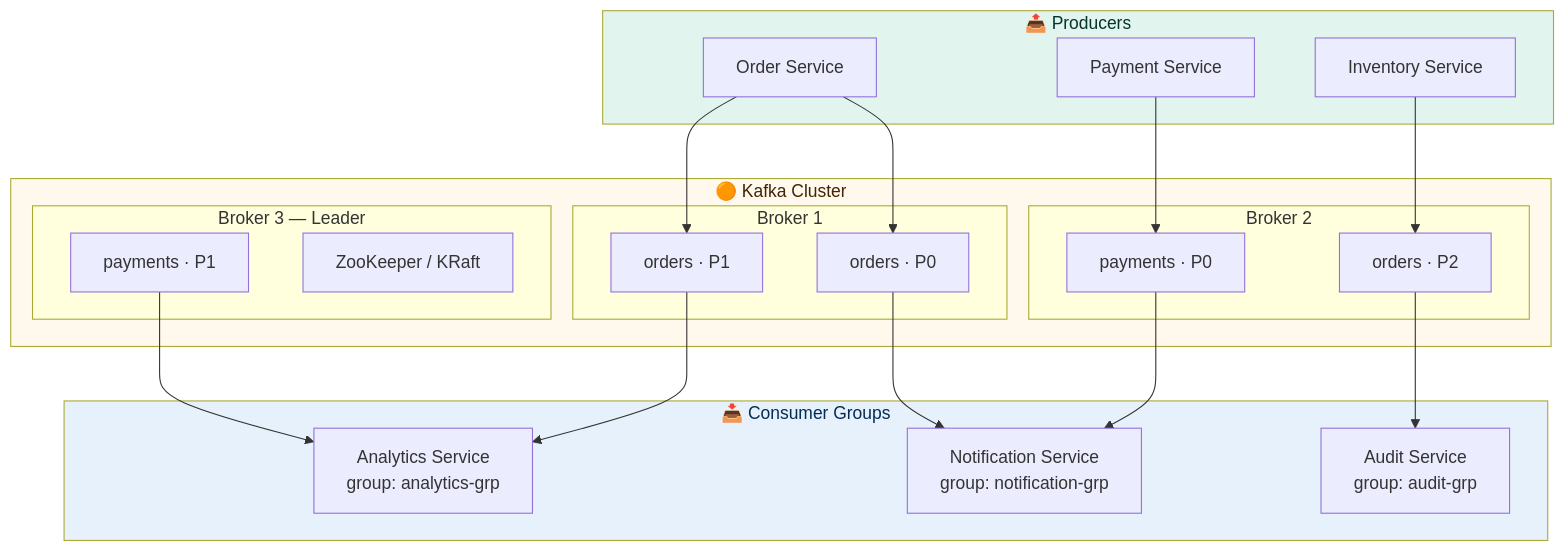
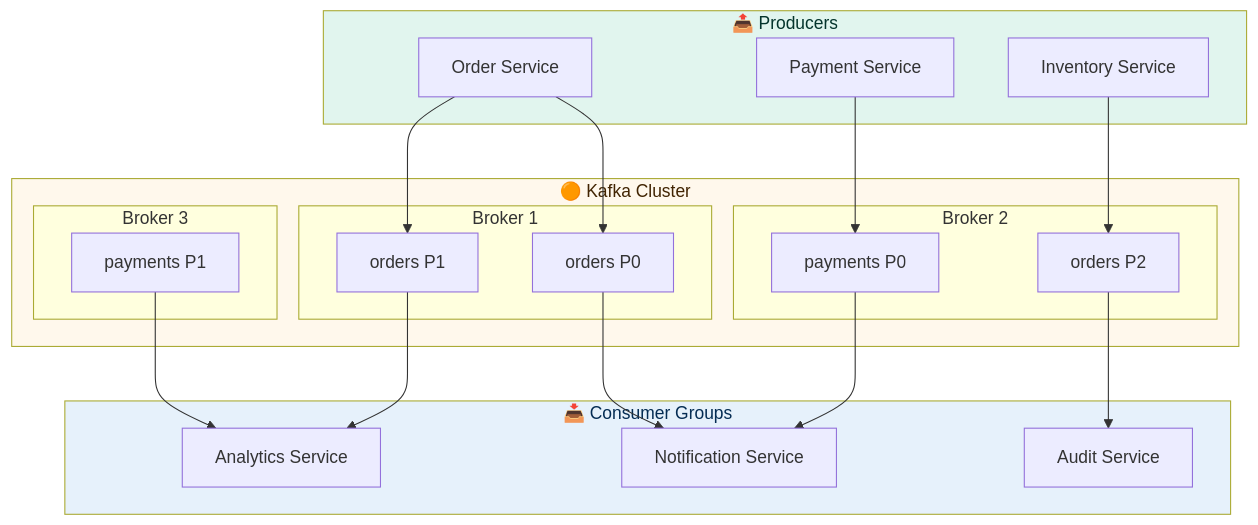
One commit to rahulsaxena23-code/best-practice changed the first of 18 diagrams in kakfa/kafka_best_practices.md. Above: the diagram before and after it, drawn with Mermaid. The commit also changed other lines of this file, not shown here.

````diff
--- a/kakfa/kafka_best_practices.md
+++ b/kakfa/kafka_best_practices.md
@@ -34,43 +34,42 @@
 ```mermaid
-graph TB
+flowchart TB
     subgraph Producers["📤 Producers"]
         P1[Order Service]
         P2[Payment Service]
         P3[Inventory Service]
     end
 
     subgraph Kafka["🟠 Kafka Cluster"]
         subgraph Broker1["Broker 1"]
-            T1P0[orders · P0]
-            T1P1[orders · P1]
+            T1P0[orders P0]
+            T1P1[orders P1]
         end
         subgraph Broker2["Broker 2"]
-            T1P2[orders · P2]
-            T2P0[payments · P0]
+            T1P2[orders P2]
+            T2P0[payments P0]
         end
-        subgraph Broker3["Broker 3 — Leader"]
-            T2P1[payments · P1]
-            ZK[ZooKeeper / KRaft]
+        subgraph Broker3["Broker 3"]
+            T2P1[payments P1]
         end
     end
 
     subgraph Consumers["📥 Consumer Groups"]
-        CG1[Notification Service\ngroup: notification-grp]
-        CG2[Analytics Service\ngroup: analytics-grp]
-        CG3[Audit Service\ngroup: audit-grp]
+        CG1[Notification Service]
+        CG2[Analytics Service]
+        CG3[Audit Service]
     end
 
     P1 --> T1P0
     P1 --> T1P1
     P2 --> T2P0
     P3 --> T1P2
     T1P0 --> CG1
     T1P1 --> CG2
     T1P2 --> CG3
     T2P0 --> CG1
     T2P1 --> CG2
 
     style Producers fill:#E1F5EE,color:#04342C
     style Kafka fill:#FFF8EC,color:#412402
     style Consumers fill:#E6F1FB,color:#042C53
 ```
````
